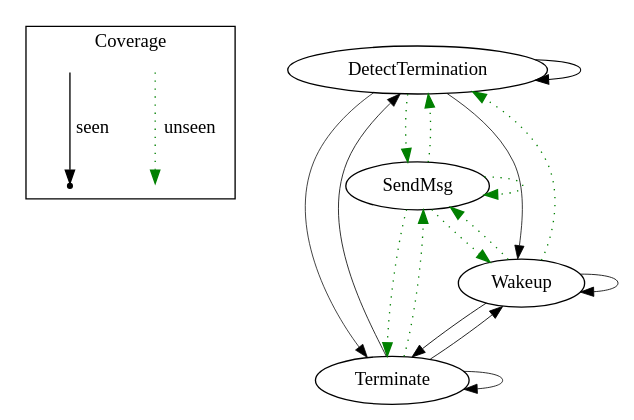
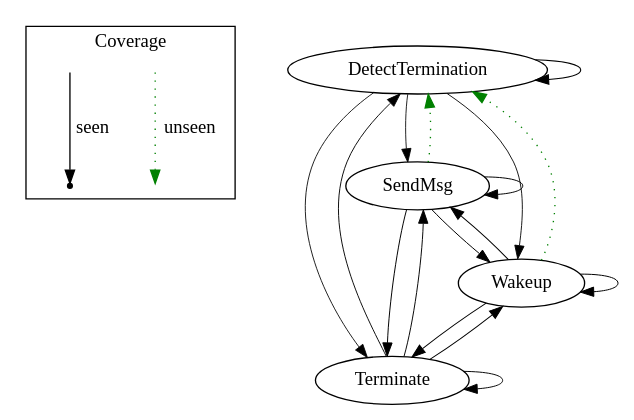
The diagram in MCAsyncTerminationDetection_actions.dot (tlaplus-workshops/ewd998), drawn with Graphviz before and after one commit. The commit also changed 2 other files, not shown here.

```diff
--- a/MCAsyncTerminationDetection_actions.dot
+++ b/MCAsyncTerminationDetection_actions.dot
@@ -1,34 +1,34 @@
 digraph ActionGraph {
 nodesep=0.35;
 subgraph cluster_legend {
 label = "Coverage";
 node [shape=point] {
 d0 [style = invis];
 d1 [style = invis];
 p0 [style = invis];
 p0 [style = invis];
 }
 d0 -> d1 [label=unseen, color="green", style=dotted]
 p0 -> p1 [label=seen]
 }
 0 [label="DetectTermination"]
 1 [label="SendMsg"]
 2 [label="Terminate"]
 3 [label="Wakeup"]
-0 -> 0[penwidth=0.77];
-0 -> 1[color="green",style=dotted];
-0 -> 2[penwidth=0.55];
-0 -> 3[penwidth=0.58];
+0 -> 0[penwidth=0.83];
+0 -> 1[penwidth=0.64];
+0 -> 2[penwidth=0.65];
+0 -> 3[penwidth=0.67];
 1 -> 0[color="green",style=dotted];
-1 -> 1[color="green",style=dotted];
-1 -> 2[color="green",style=dotted];
-1 -> 3[color="green",style=dotted];
-2 -> 0[penwidth=0.6];
-2 -> 1[color="green",style=dotted];
-2 -> 2[penwidth=0.61];
-2 -> 3[penwidth=0.64];
+1 -> 1[penwidth=0.74];
+1 -> 2[penwidth=0.74];
+1 -> 3[penwidth=0.75];
+2 -> 0[penwidth=0.7];
+2 -> 1[penwidth=0.72];
+2 -> 2[penwidth=0.72];
+2 -> 3[penwidth=0.76];
 3 -> 0[color="green",style=dotted];
-3 -> 1[color="green",style=dotted];
-3 -> 2[penwidth=0.65];
-3 -> 3[penwidth=0.63];
+3 -> 1[penwidth=0.76];
+3 -> 2[penwidth=0.76];
+3 -> 3[penwidth=0.75];
 }
```
